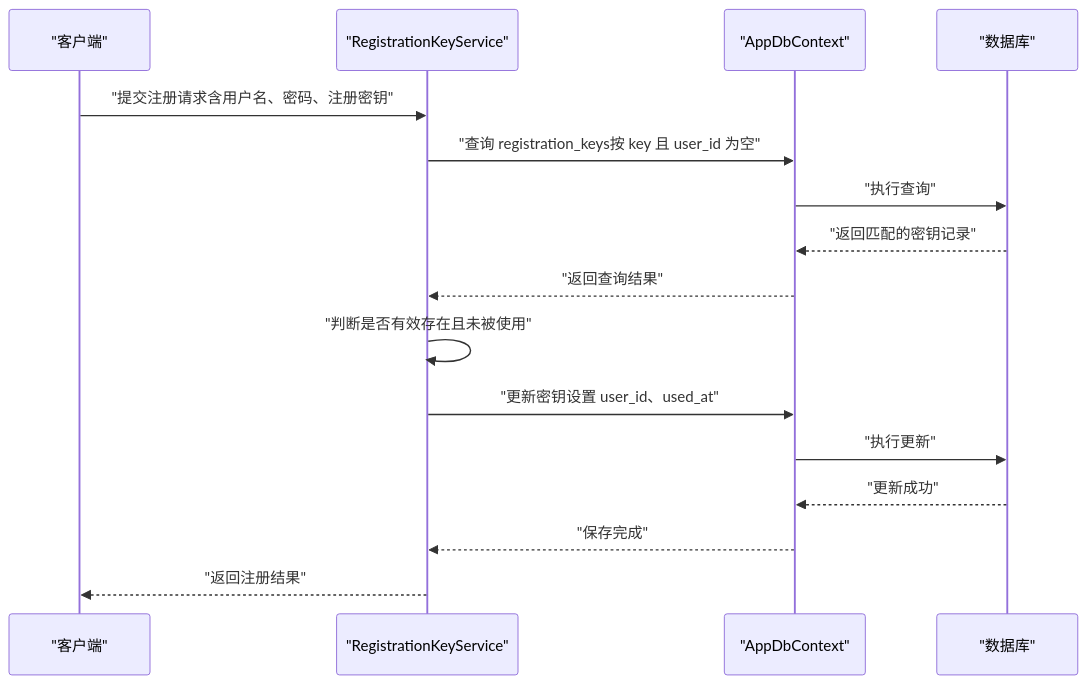
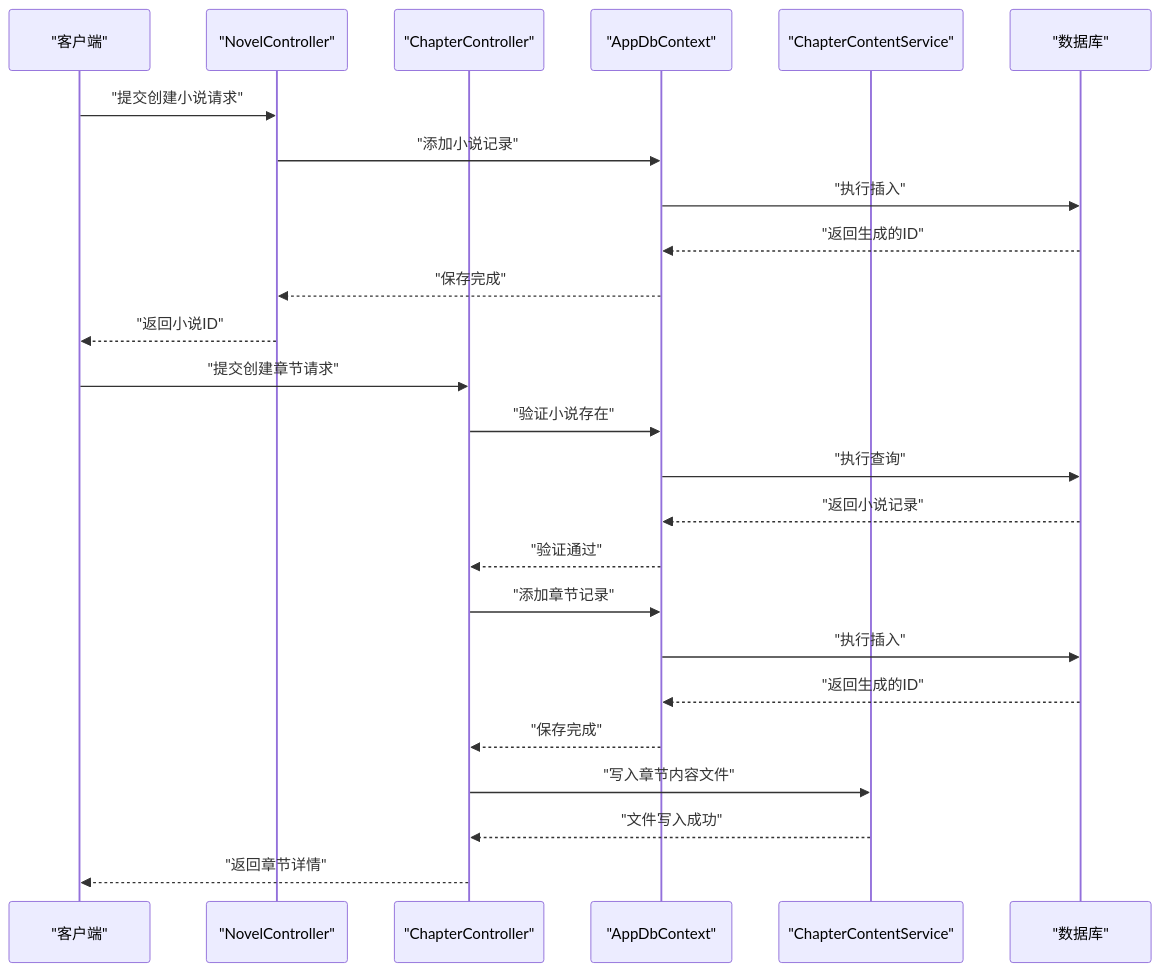
One commit to cppsh1t/talearc-backend changed the third of 4 diagrams in .qoder/repowiki/zh/content/数据模型与数据库设计/数据模型与数据库设计.md. Above: the diagram before and after it, drawn with Mermaid. The commit also changed other lines of this file and 7 other files, not shown here.

````diff
--- a/.qoder/repowiki/zh/content/数据模型与数据库设计/数据模型与数据库设计.md
+++ b/.qoder/repowiki/zh/content/数据模型与数据库设计/数据模型与数据库设计.md
@@ -218,18 +436,27 @@
 ```mermaid
 sequenceDiagram
 participant Client as "客户端"
-participant Service as "RegistrationKeyService"
+participant NovelSvc as "NovelController"
+participant ChapterSvc as "ChapterController"
 participant Ctx as "AppDbContext"
+participant ContentSvc as "ChapterContentService"
 participant DB as "数据库"
-Client->>Service : "提交注册请求含用户名、密码、注册密钥"
-Service->>Ctx : "查询 registration_keys按 key 且 user_id 为空"
+Client->>NovelSvc : "提交创建小说请求"
+NovelSvc->>Ctx : "添加小说记录"
+Ctx->>DB : "执行插入"
+DB-->>Ctx : "返回生成的ID"
+Ctx-->>NovelSvc : "保存完成"
+NovelSvc-->>Client : "返回小说ID"
+Client->>ChapterSvc : "提交创建章节请求"
+ChapterSvc->>Ctx : "验证小说存在"
 Ctx->>DB : "执行查询"
-DB-->>Ctx : "返回匹配的密钥记录"
-Ctx-->>Service : "返回查询结果"
-Service->>Service : "判断是否有效存在且未被使用"
-Service->>Ctx : "更新密钥设置 user_id、used_at"
-Ctx->>DB : "执行更新"
-DB-->>Ctx : "更新成功"
-Ctx-->>Service : "保存完成"
-Service-->>Client : "返回注册结果"
+DB-->>Ctx : "返回小说记录"
+Ctx-->>ChapterSvc : "验证通过"
+ChapterSvc->>Ctx : "添加章节记录"
+Ctx->>DB : "执行插入"
+DB-->>Ctx : "返回生成的ID"
+Ctx-->>ChapterSvc : "保存完成"
+ChapterSvc->>ContentSvc : "写入章节内容文件"
+ContentSvc-->>ChapterSvc : "文件写入成功"
+ChapterSvc-->>Client : "返回章节详情"
 ```
````
